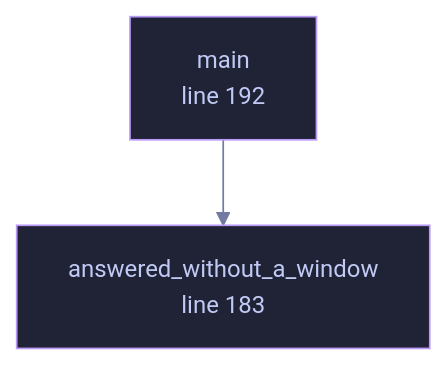
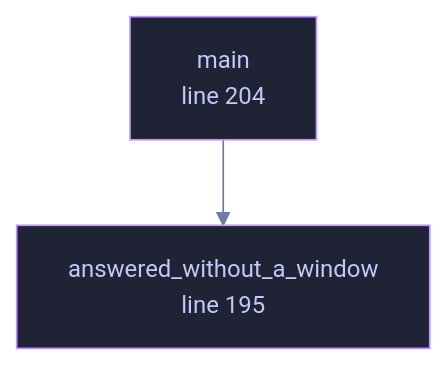
One commit to tilas01/veilvoice changed the diagram in docs/files/veilvoice-gui/main.md. Above: the diagram before and after it, drawn with Mermaid. The commit also changed other lines of this file and 34 other files, not shown here.

````diff
--- a/docs/files/veilvoice-gui/main.md
+++ b/docs/files/veilvoice-gui/main.md
@@ -89,13 +89,13 @@
 ```mermaid
 %%{init: {"theme":"base","themeVariables":{"background":"#1a1b26","primaryColor":"#1f2335","primaryTextColor":"#c0caf5","primaryBorderColor":"#7aa2f7","secondaryColor":"#16161e","tertiaryColor":"#16161e","lineColor":"#737aa2","textColor":"#c0caf5","mainBkg":"#1f2335","nodeBorder":"#7aa2f7","clusterBkg":"#16161e","clusterBorder":"#2f3549","fontFamily":"ui-monospace, SFMono-Regular, Consolas, monospace","fontSize":"14px"}}}%%
 flowchart TD
-    n_answered_without_a_window["answered_without_a_window<br/>line 131"]
-    n_answered_without_a_window["answered_without_a_window<br/>line 183"]
-    n_main["main<br/>line 192"]
+    n_answered_without_a_window["answered_without_a_window<br/>line 134"]
+    n_answered_without_a_window["answered_without_a_window<br/>line 195"]
+    n_main["main<br/>line 204"]
     n_main --> n_answered_without_a_window
-    click n_answered_without_a_window href "https://github.com/tilas01/veilvoice/blob/main/crates/veilvoice-gui/src/main.rs#L131" "open the source"
-    click n_answered_without_a_window href "https://github.com/tilas01/veilvoice/blob/main/crates/veilvoice-gui/src/main.rs#L183" "open the source"
-    click n_main href "https://github.com/tilas01/veilvoice/blob/main/crates/veilvoice-gui/src/main.rs#L192" "open the source"
+    click n_answered_without_a_window href "https://github.com/tilas01/veilvoice/blob/main/crates/veilvoice-gui/src/main.rs#L134" "open the source"
+    click n_answered_without_a_window href "https://github.com/tilas01/veilvoice/blob/main/crates/veilvoice-gui/src/main.rs#L195" "open the source"
+    click n_main href "https://github.com/tilas01/veilvoice/blob/main/crates/veilvoice-gui/src/main.rs#L204" "open the source"
     classDef helper fill:#1f2335,stroke:#bb9af7,color:#c0caf5
     class n_answered_without_a_window,n_answered_without_a_window,n_main helper
 ```
````
